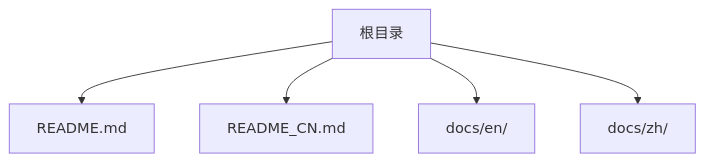
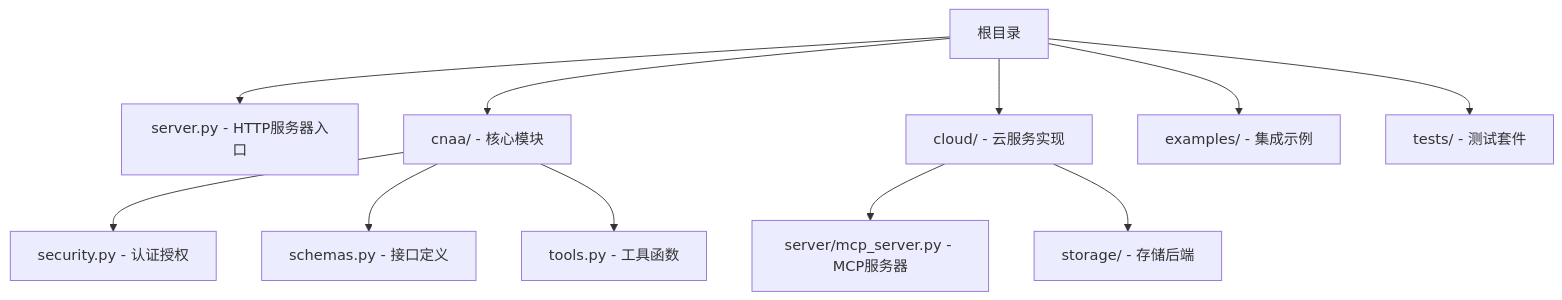
Before and after one commit to lgx236/CNAA-Cloud-Native-Agent-Architecture-: the first of 2 diagrams in .qoder/repowiki/zh/content/API参考/HTTP API.md, drawn with Mermaid. The commit also changed other lines of this file and 98 other files, not shown here.

Commit message:
feat: Add cloud-local distributed architecture configuration & deployment docs

````diff
--- a/.qoder/repowiki/zh/content/API参考/HTTP API.md
+++ b/.qoder/repowiki/zh/content/API参考/HTTP API.md
@@ -29,7 +41,13 @@
 ```mermaid
 graph TB
-A["根目录"] --> B["README.md"]
-A --> C["README_CN.md"]
-A --> D["docs/en/"]
-A --> E["docs/zh/"]
+A["根目录"] --> B["server.py - HTTP服务器入口"]
+A --> C["cnaa/ - 核心模块"]
+A --> D["cloud/ - 云服务实现"]
+A --> E["examples/ - 集成示例"]
+A --> F["tests/ - 测试套件"]
+C --> C1["security.py - 认证授权"]
+C --> C2["schemas.py - 接口定义"]
+C --> C3["tools.py - 工具函数"]
+D --> D1["server/mcp_server.py - MCP服务器"]
+D --> D2["storage/ - 存储后端"]
 ```
````
